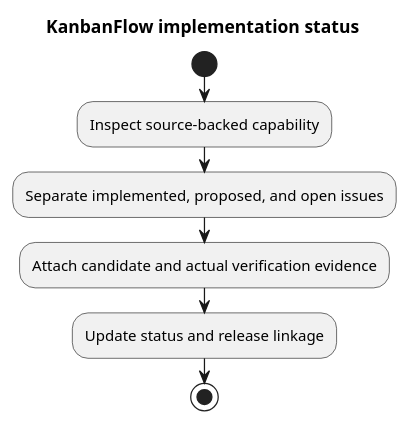
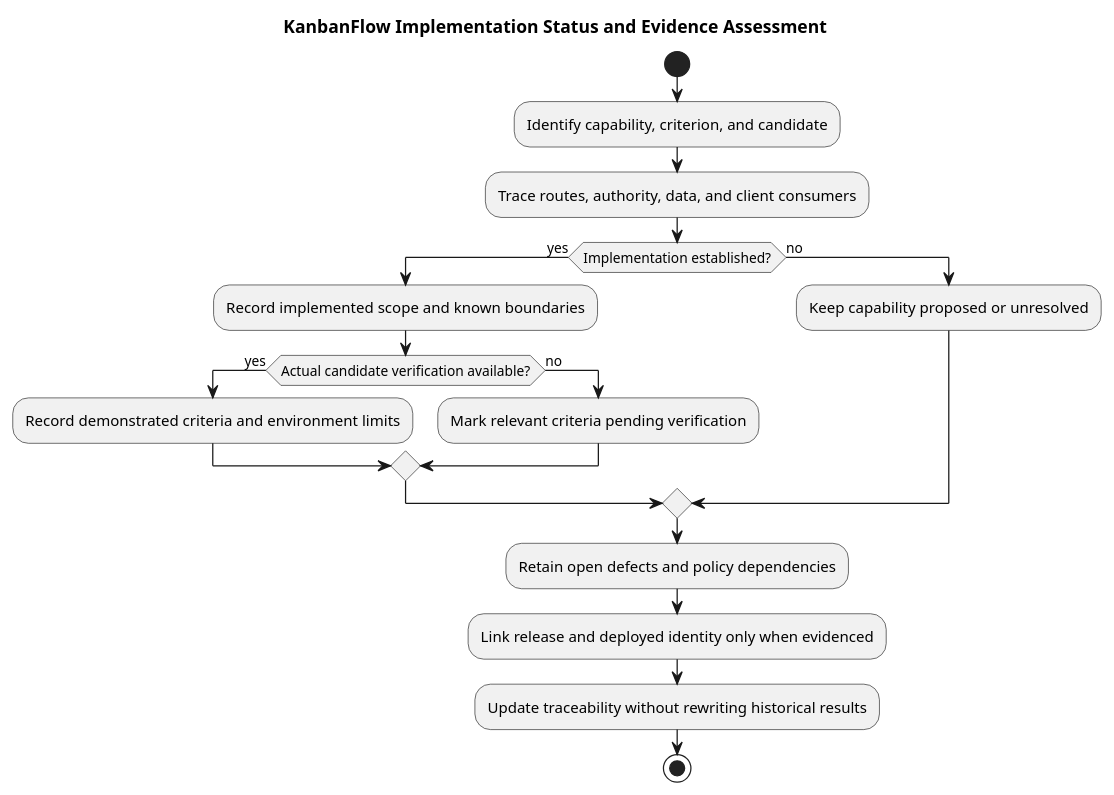
The diagram in docs/SDLC/05-implementation/diagrams/implementation-status.puml (Farhad-Valizadegan/Web-KanbanFlow), drawn with PlantUML before and after one commit. The commit also changed 2 other files, not shown here.

Commit message:
docs: complete implementation status evidence and capability boundaries

```diff
--- a/docs/SDLC/05-implementation/diagrams/implementation-status.puml
+++ b/docs/SDLC/05-implementation/diagrams/implementation-status.puml
@@ -1,9 +1,20 @@
 @startuml
-title KanbanFlow implementation status
+title KanbanFlow Implementation Status and Evidence Assessment
 start
-:Inspect source-backed capability;
-:Separate implemented, proposed, and open issues;
-:Attach candidate and actual verification evidence;
-:Update status and release linkage;
+:Identify capability, criterion, and candidate;
+:Trace routes, authority, data, and client consumers;
+if (Implementation established?) then (yes)
+ :Record implemented scope and known boundaries;
+ if (Actual candidate verification available?) then (yes)
+  :Record demonstrated criteria and environment limits;
+ else (no)
+  :Mark relevant criteria pending verification;
+ endif
+else (no)
+ :Keep capability proposed or unresolved;
+endif
+:Retain open defects and policy dependencies;
+:Link release and deployed identity only when evidenced;
+:Update traceability without rewriting historical results;
 stop
 @enduml
```
